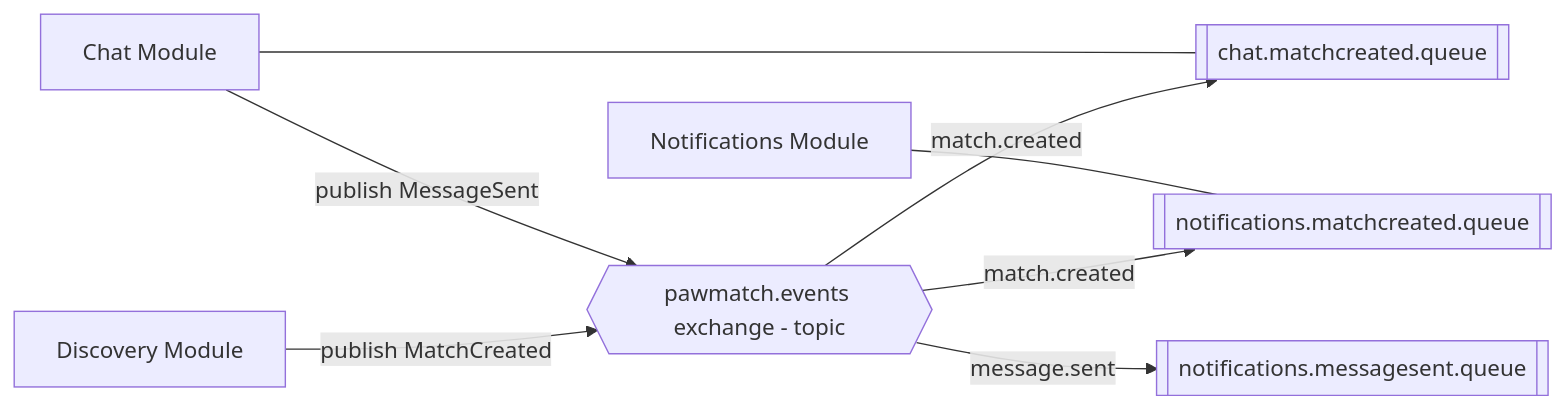
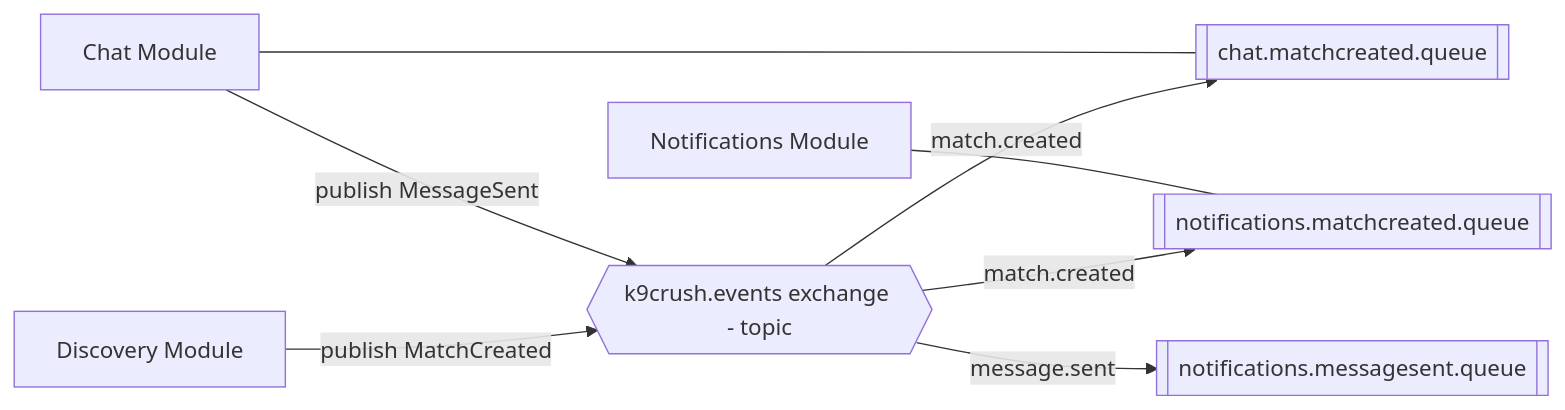
One commit to Powerworks/K9DatingApp changed the second of 4 diagrams in Solution Arch/03-solution-architecture (4).md. Above: the diagram before and after it, drawn with Mermaid. The commit also changed other lines of this file and 353 other files, not shown here.

First line of the commit message:
Rename PawMatch to K9Crush and add the UndoLastSwipe automation slice

````diff
--- a/Solution Arch/03-solution-architecture (4).md
+++ b/Solution Arch/03-solution-architecture (4).md
@@ -164,10 +164,10 @@
 ```mermaid
 flowchart LR
-    DI[Discovery Module] -->|publish MatchCreated| EX{{pawmatch.events exchange - topic}}
+    DI[Discovery Module] -->|publish MatchCreated| EX{{k9crush.events exchange - topic}}
     EX -->|match.created| CHQ[[chat.matchcreated.queue]]
     EX -->|match.created| NOQ[[notifications.matchcreated.queue]]
     CH[Chat Module] --- CHQ
     NO[Notifications Module] --- NOQ
     EX -->|message.sent| NOQ2[[notifications.messagesent.queue]]
     CH -->|publish MessageSent| EX
 ```
````
